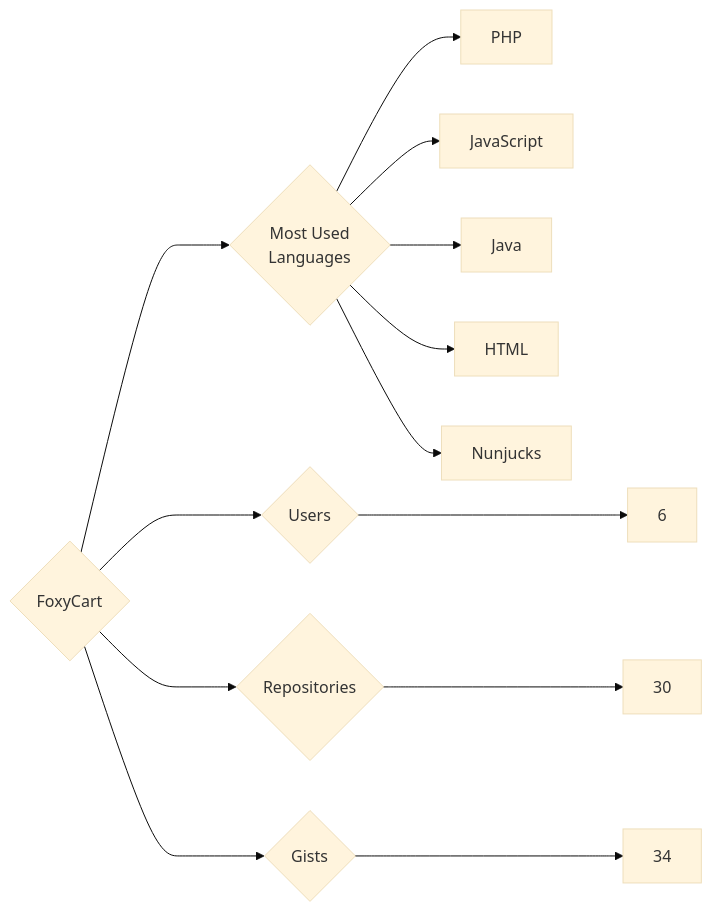
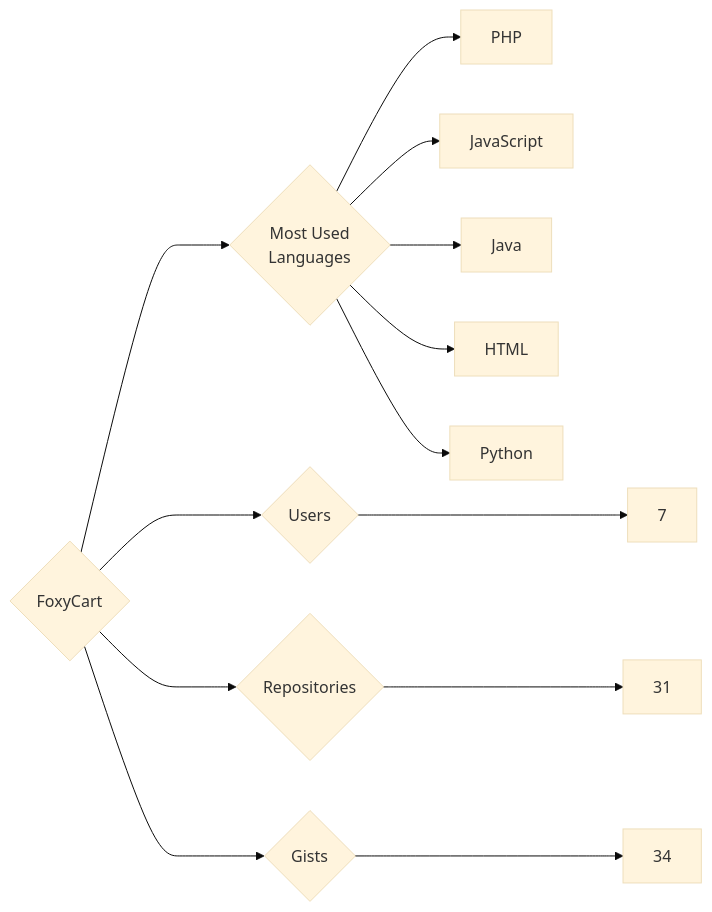
Before and after one commit to trickest/insiders: the diagram in targets/FoxyCart/README.md, drawn with Mermaid (base theme). The commit also changed 1148 other files, not shown here.

````diff
--- a/targets/FoxyCart/README.md
+++ b/targets/FoxyCart/README.md
@@ -3,13 +3,13 @@
 ```mermaid
 graph LR
 COMPANY_NAME{FoxyCart}
-COMPANY_NAME ---> U{Users} ---> UN[6]
-COMPANY_NAME ---> R{Repositories} ---> RN[30]
+COMPANY_NAME ---> U{Users} ---> UN[7]
+COMPANY_NAME ---> R{Repositories} ---> RN[31]
 COMPANY_NAME ---> G{Gists} ---> GN[34]
 COMPANY_NAME ---> ML{Most Used<br>Languages}
 ML --> PHP[PHP]
 ML --> JavaScript[JavaScript]
 ML --> Java[Java]
 ML --> HTML[HTML]
-ML --> Nunjucks[Nunjucks]
+ML --> Python[Python]
 ```
````
